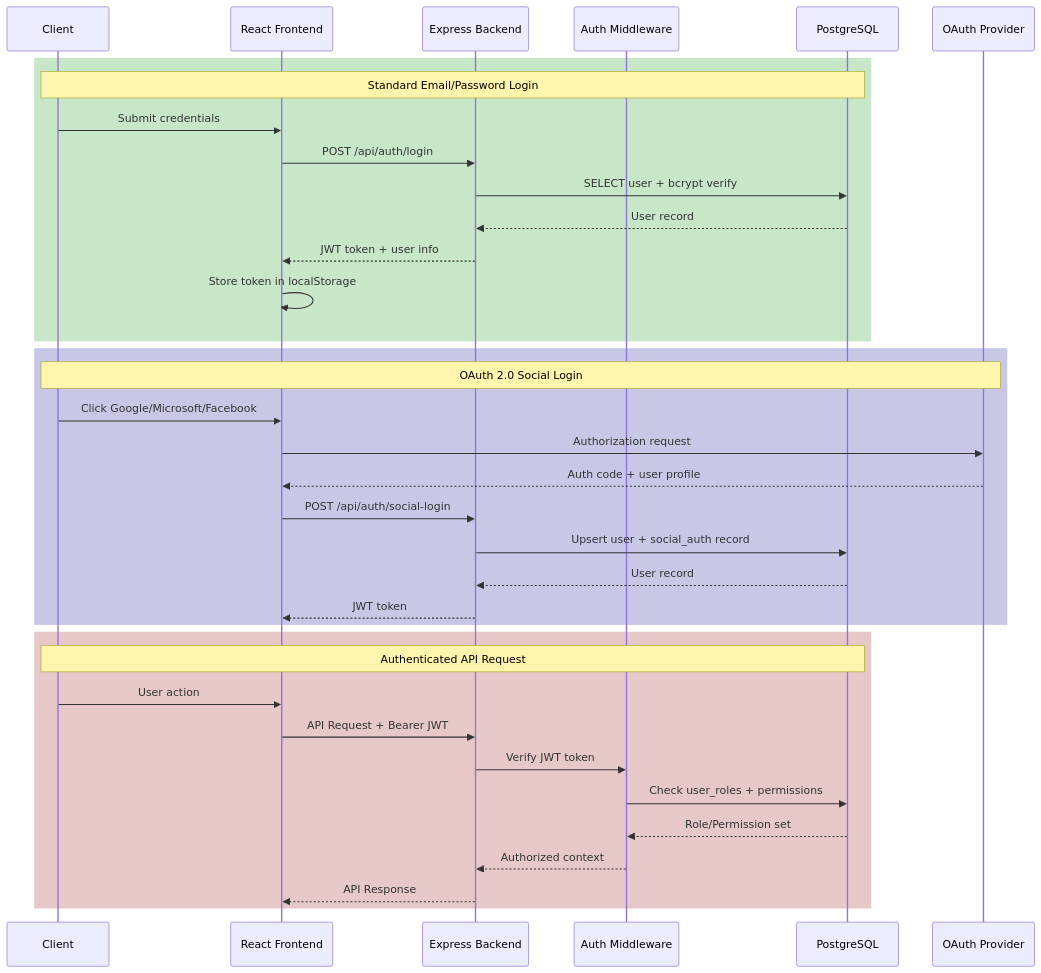
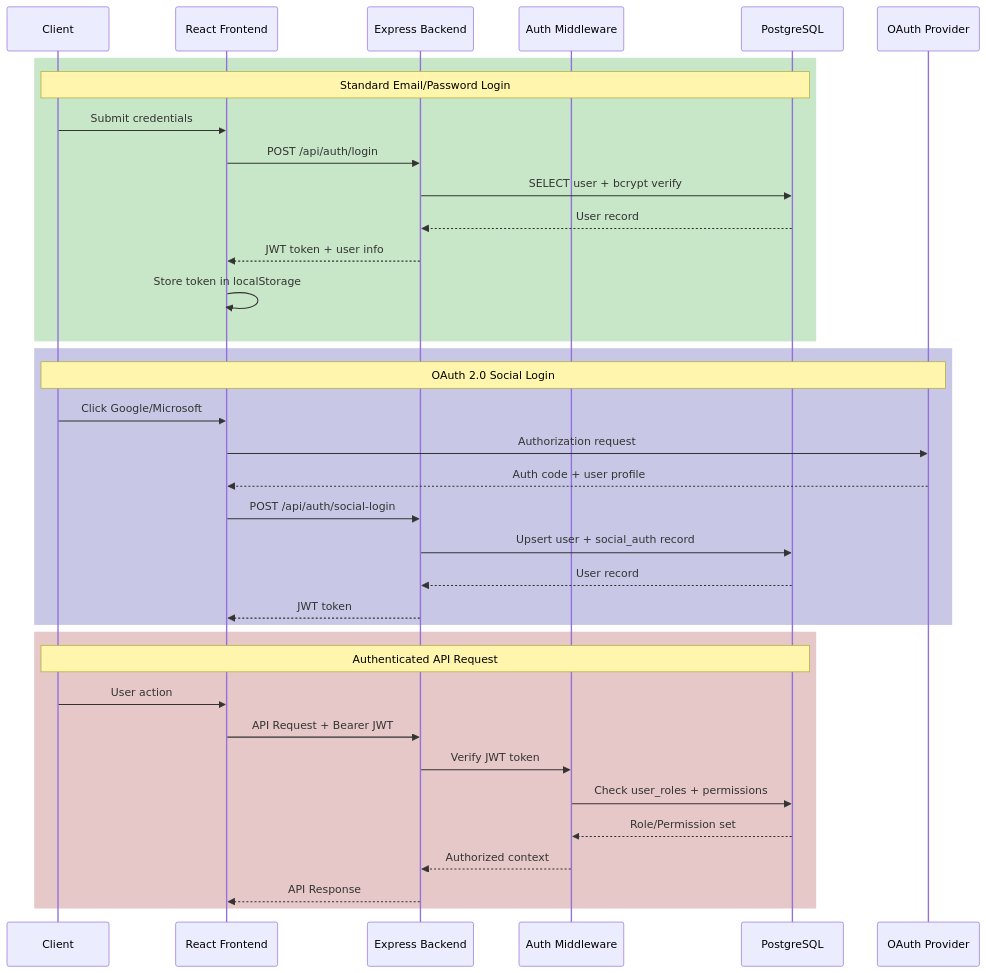
One commit to rajbizchannels/AureonCare changed the sixth of 16 diagrams in ARCHITECTURE_DIAGRAM.md. Above: the diagram before and after it, drawn with Mermaid. The commit also changed other lines of this file, not shown here.

````diff
--- a/ARCHITECTURE_DIAGRAM.md
+++ b/ARCHITECTURE_DIAGRAM.md
@@ -423,41 +420,41 @@
 ```mermaid
 sequenceDiagram
     participant C as Client
     participant FE as React Frontend
     participant BE as Express Backend
     participant AUTH as Auth Middleware
     participant DB as PostgreSQL
     participant OAUTH as OAuth Provider
 
     rect rgb(200, 230, 200)
         Note over C,DB: Standard Email/Password Login
         C->>FE: Submit credentials
         FE->>BE: POST /api/auth/login
         BE->>DB: SELECT user + bcrypt verify
         DB-->>BE: User record
         BE-->>FE: JWT token + user info
         FE->>FE: Store token in localStorage
     end
 
     rect rgb(200, 200, 230)
         Note over C,OAUTH: OAuth 2.0 Social Login
-        C->>FE: Click Google/Microsoft/Facebook
+        C->>FE: Click Google/Microsoft
         FE->>OAUTH: Authorization request
         OAUTH-->>FE: Auth code + user profile
         FE->>BE: POST /api/auth/social-login
         BE->>DB: Upsert user + social_auth record
         DB-->>BE: User record
         BE-->>FE: JWT token
     end
 
     rect rgb(230, 200, 200)
         Note over C,DB: Authenticated API Request
         C->>FE: User action
         FE->>BE: API Request + Bearer JWT
         BE->>AUTH: Verify JWT token
         AUTH->>DB: Check user_roles + permissions
         DB-->>AUTH: Role/Permission set
         AUTH-->>BE: Authorized context
         BE-->>FE: API Response
     end
 ```
````
